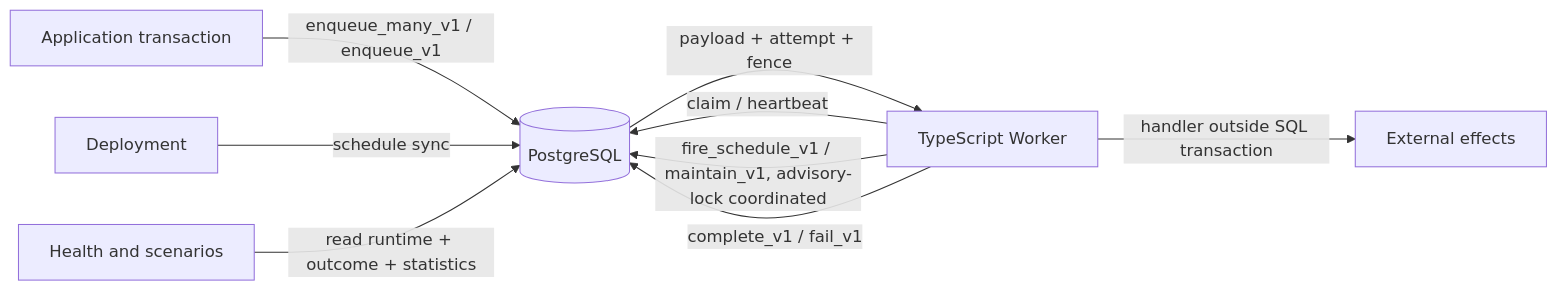
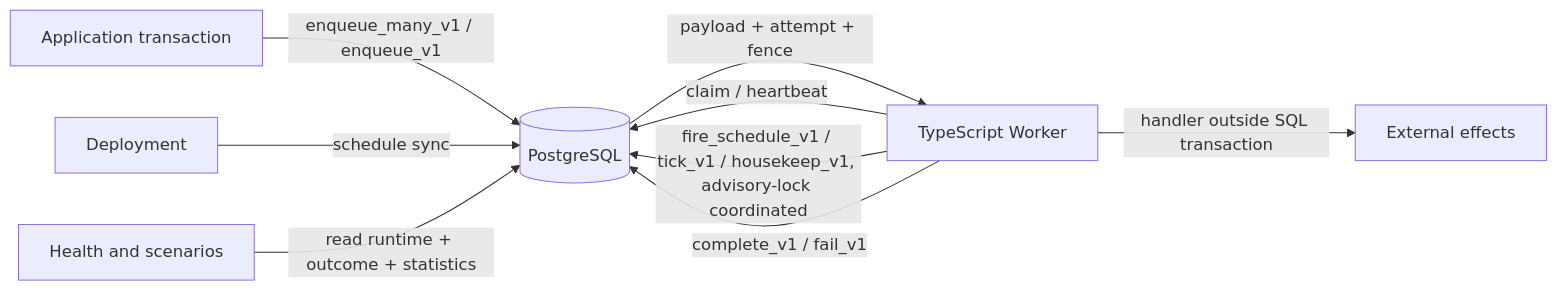
Before and after one commit to stablemates/workhorse: the first of 3 diagrams in docs/architecture.md, drawn with Mermaid. The commit also changed other lines of this file and 7 other files, not shown here.

````diff
--- a/docs/architecture.md
+++ b/docs/architecture.md
@@ -18,11 +18,11 @@
 ```mermaid
 flowchart LR
   App[Application transaction] -->|enqueue_many_v1 / enqueue_v1| PG[(PostgreSQL)]
   Deploy[Deployment] -->|schedule sync| PG
   Worker[TypeScript Worker] -->|claim / heartbeat| PG
-  Worker -->|fire_schedule_v1 / maintain_v1, advisory-lock coordinated| PG
+  Worker -->|fire_schedule_v1 / tick_v1 / housekeep_v1, advisory-lock coordinated| PG
   PG -->|payload + attempt + fence| Worker
   Worker -->|handler outside SQL transaction| Effects[External effects]
   Worker -->|complete_v1 / fail_v1| PG
   Health[Health and scenarios] -->|read runtime + outcome + statistics| PG
 ```
````
